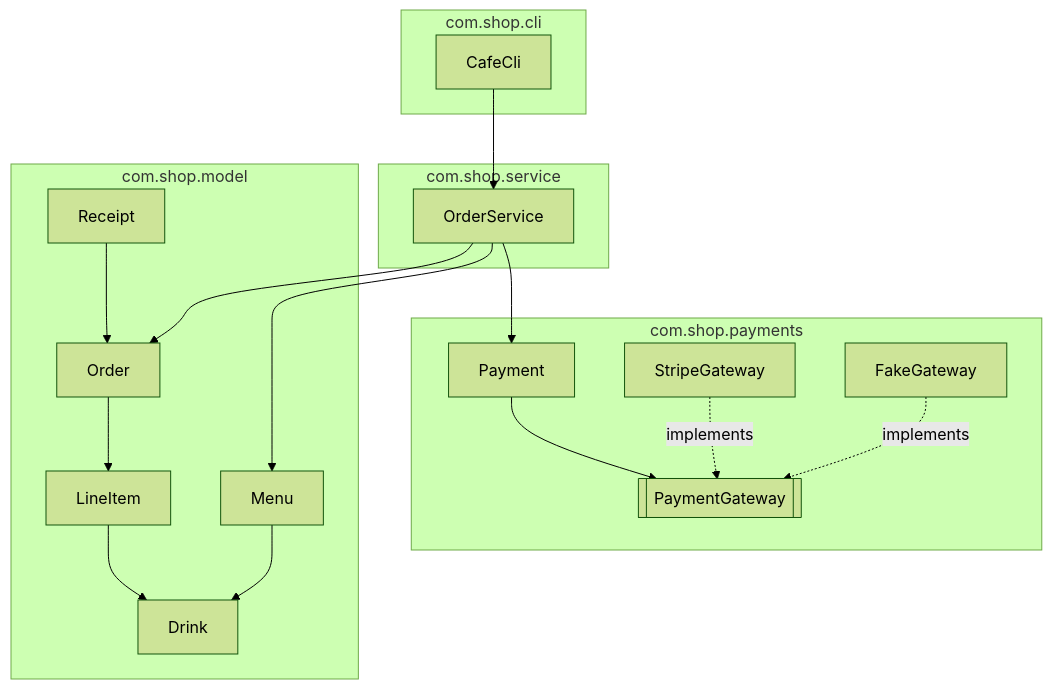
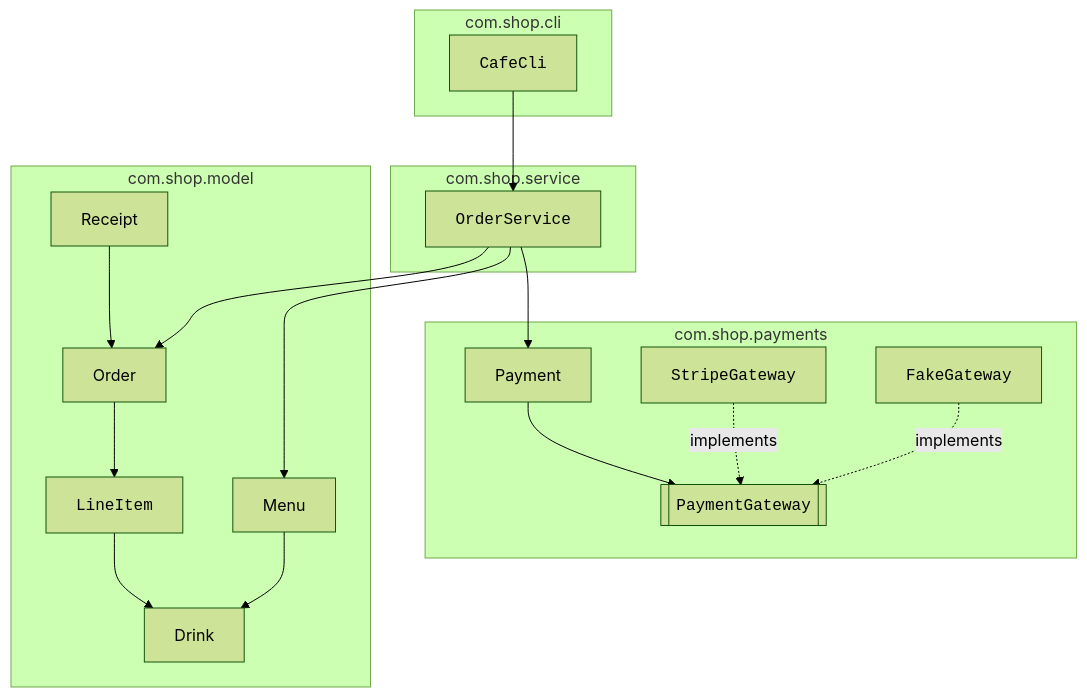
One commit to dataslope/dataslope changed the fourth of 5 diagrams in content/learn/oop-blueprint-java/packages-and-architecture.mdx. Above: the diagram before and after it, drawn with Mermaid (forest theme). The commit also changed 153 other files, not shown here.

First line of the commit message:
Render code-only mermaid shapes in monospace; convert step sequences to Steps

````diff
--- a/content/learn/oop-blueprint-java/packages-and-architecture.mdx
+++ b/content/learn/oop-blueprint-java/packages-and-architecture.mdx
@@ -159,34 +159,34 @@
 ```mermaid
 flowchart TB
     subgraph cli["com.shop.cli"]
-        CLI[CafeCli]
+        CLI["<code>CafeCli</code>"]
     end
     subgraph service["com.shop.service"]
-        OS[OrderService]
+        OS["<code>OrderService</code>"]
     end
     subgraph model["com.shop.model"]
         D[Drink]
-        L[LineItem]
+        L["<code>LineItem</code>"]
         O[Order]
         R[Receipt]
         M[Menu]
     end
     subgraph payments["com.shop.payments"]
         P[Payment]
-        I[[PaymentGateway]]
-        S[StripeGateway]
-        F[FakeGateway]
+        I[["<code>PaymentGateway</code>"]]
+        S["<code>StripeGateway</code>"]
+        F["<code>FakeGateway</code>"]
     end
 
     CLI --> OS
     OS --> O
     OS --> M
     OS --> P
     P --> I
     S -. implements .-> I
     F -. implements .-> I
     O --> L
     L --> D
     M --> D
     R --> O
 ```
````
